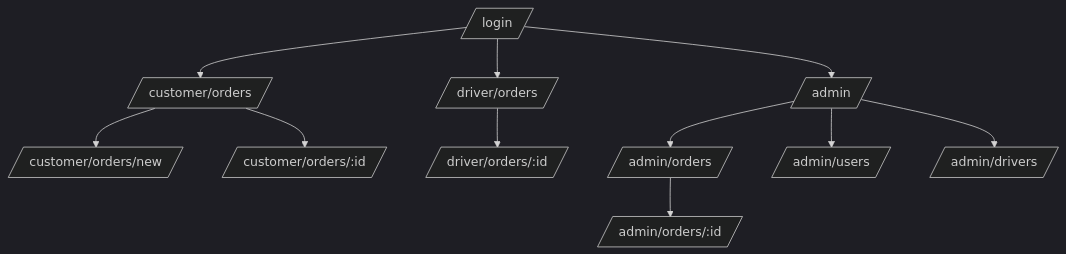
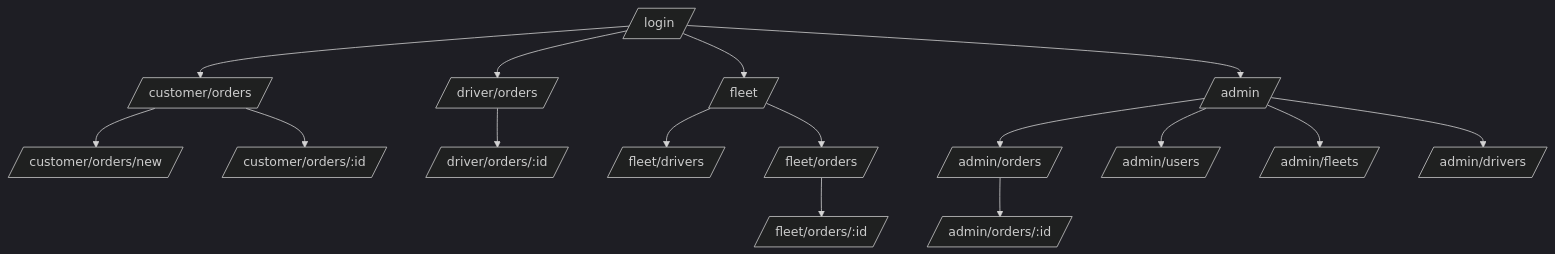
One commit to truongcongtu318/leopard changed the diagram in docs/ui/02-navigation-map.md. Above: the diagram before and after it, drawn with Mermaid (dark theme). The commit also changed other lines of this file and 24 other files, not shown here.

````diff
--- a/docs/ui/02-navigation-map.md
+++ b/docs/ui/02-navigation-map.md
@@ -3,13 +3,18 @@
 ```mermaid
 flowchart TD
   Login[/login/] --> C[/customer/orders/]
   Login --> D[/driver/orders/]
+  Login --> F[/fleet/]
   Login --> A[/admin/]
   C --> CN[/customer/orders/new/]
   C --> CD[/customer/orders/:id/]
   D --> DD[/driver/orders/:id/]
+  F --> FD[/fleet/drivers/]
+  F --> FO[/fleet/orders/]
+  FO --> FOD[/fleet/orders/:id/]
   A --> AO[/admin/orders/]
   A --> AU[/admin/users/]
+  A --> AF[/admin/fleets/]
   A --> AD[/admin/drivers/]
   AO --> AOD[/admin/orders/:id/]
 ```
````
